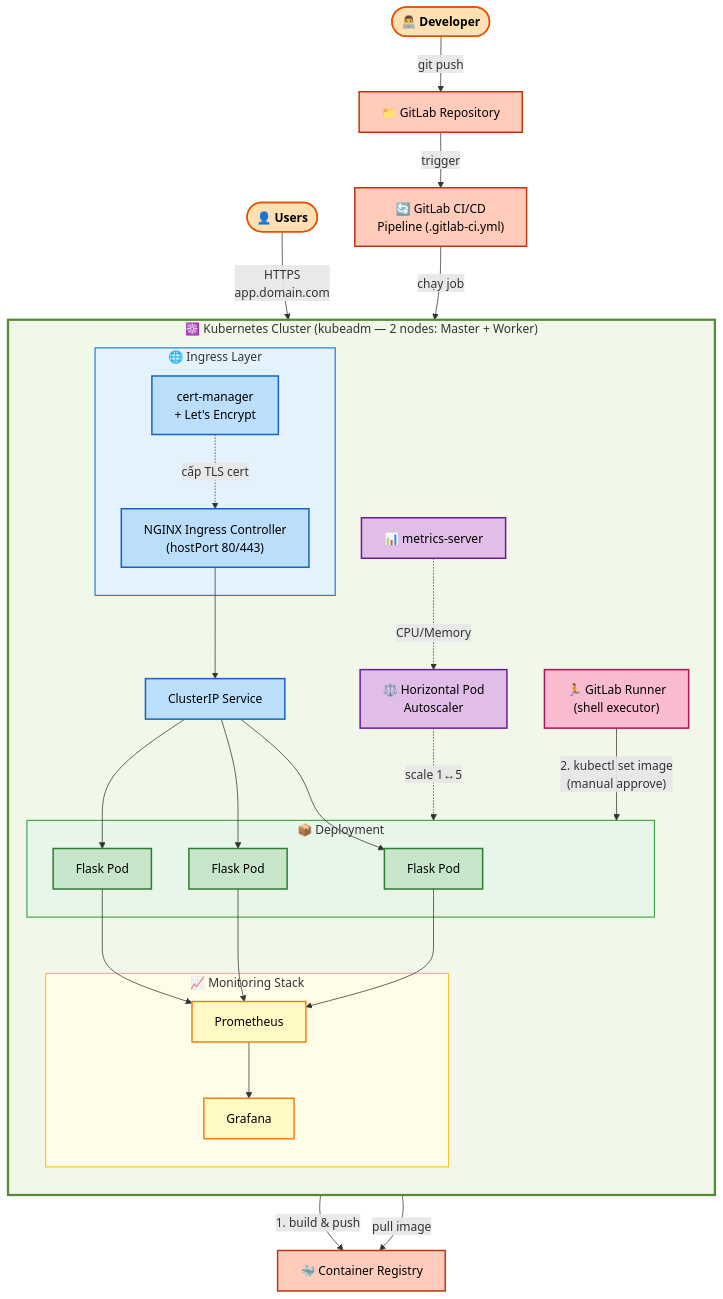
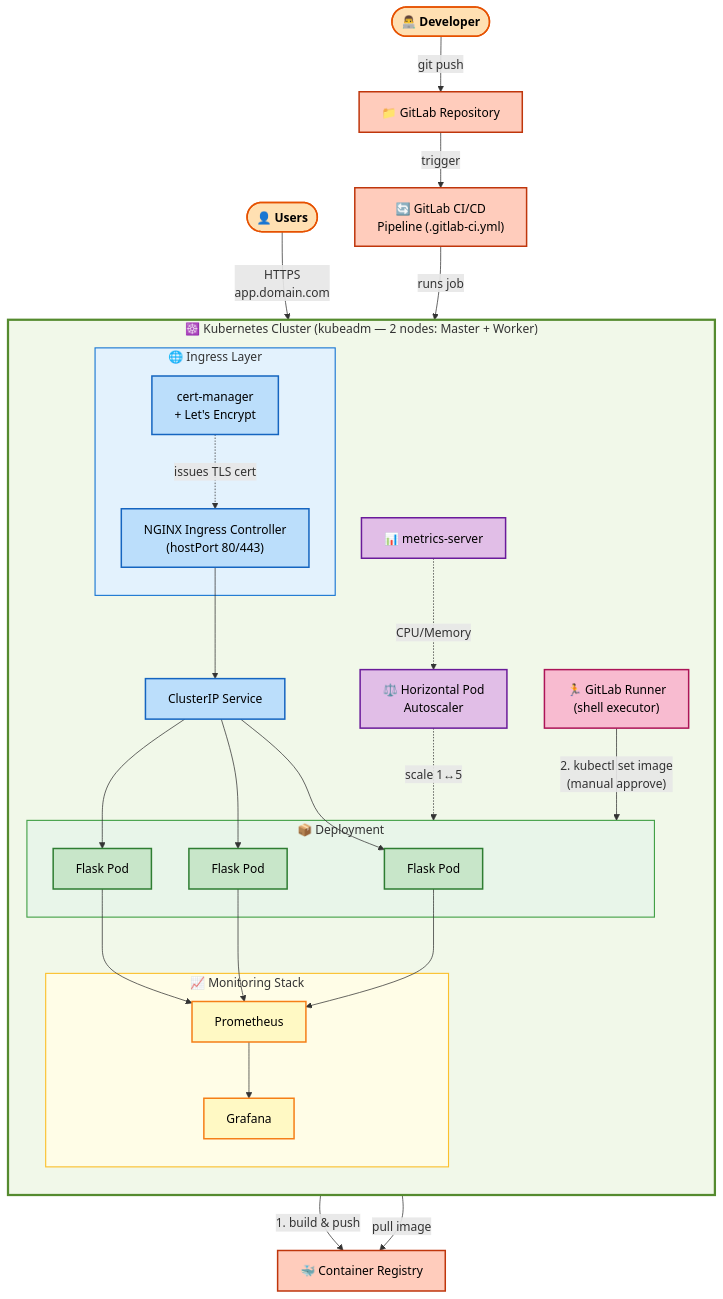
The diagram in README.md (minhhiep05/loadtest-api), drawn with Mermaid before and after one commit. The commit also changed other lines of this file, not shown here.

```diff
--- a/README.md
+++ b/README.md
@@ -68,7 +68,7 @@
 
     User -->|"HTTPS
     app.domain.com"| Ingress
-    CertManager -.->|"cấp TLS cert"| Ingress
+    CertManager -.->|"issues TLS cert"| Ingress
     Ingress --> Service
     Service --> Pod1
     Service --> Pod2
@@ -82,7 +82,7 @@
 
     Developer -->|"git push"| GitLab
     GitLab -->|"trigger"| Pipeline
-    Pipeline -->|"chạy job"| Runner
+    Pipeline -->|"runs job"| Runner
     Runner -->|"1. build & push"| Registry
     Runner -->|"2. kubectl set image
     (manual approve)"| Deployment
```
